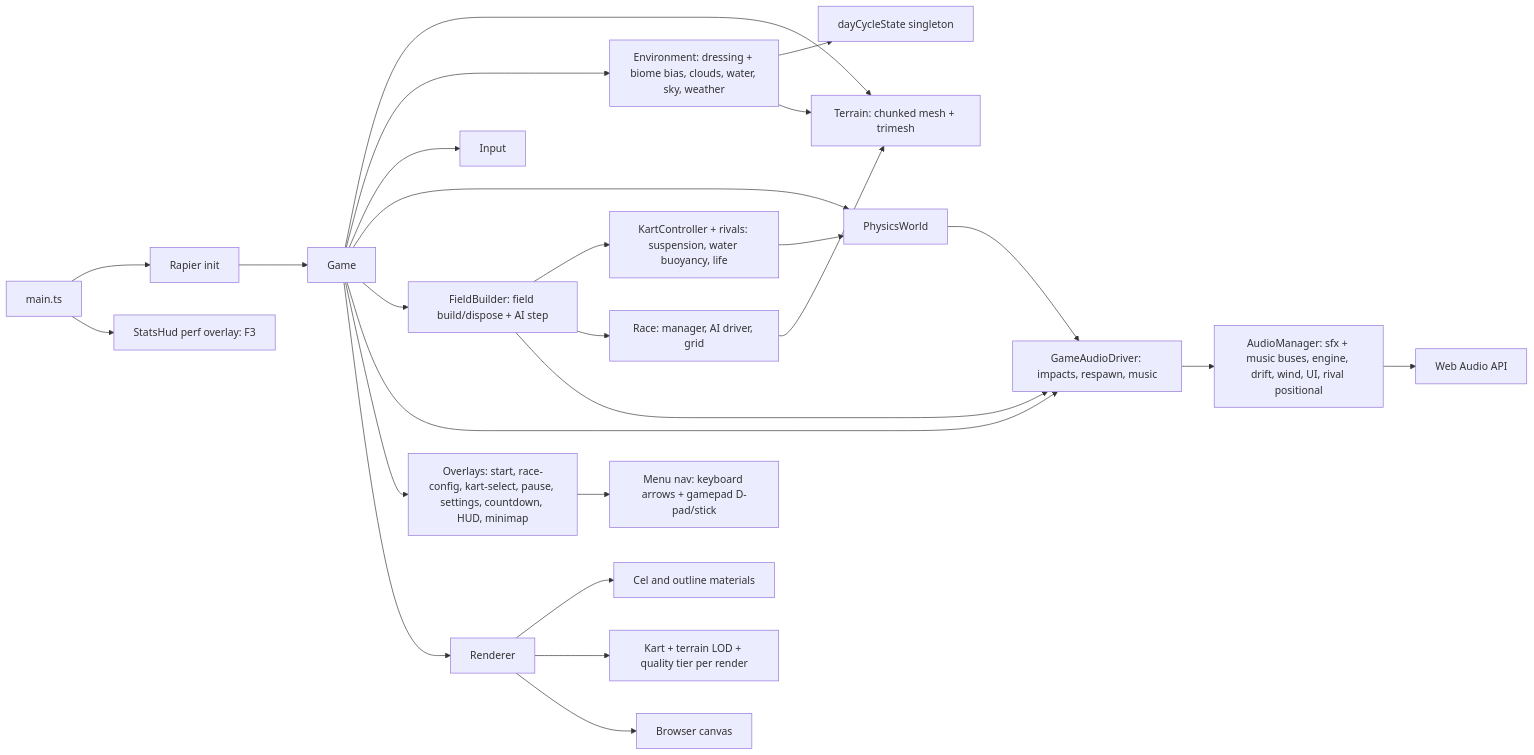
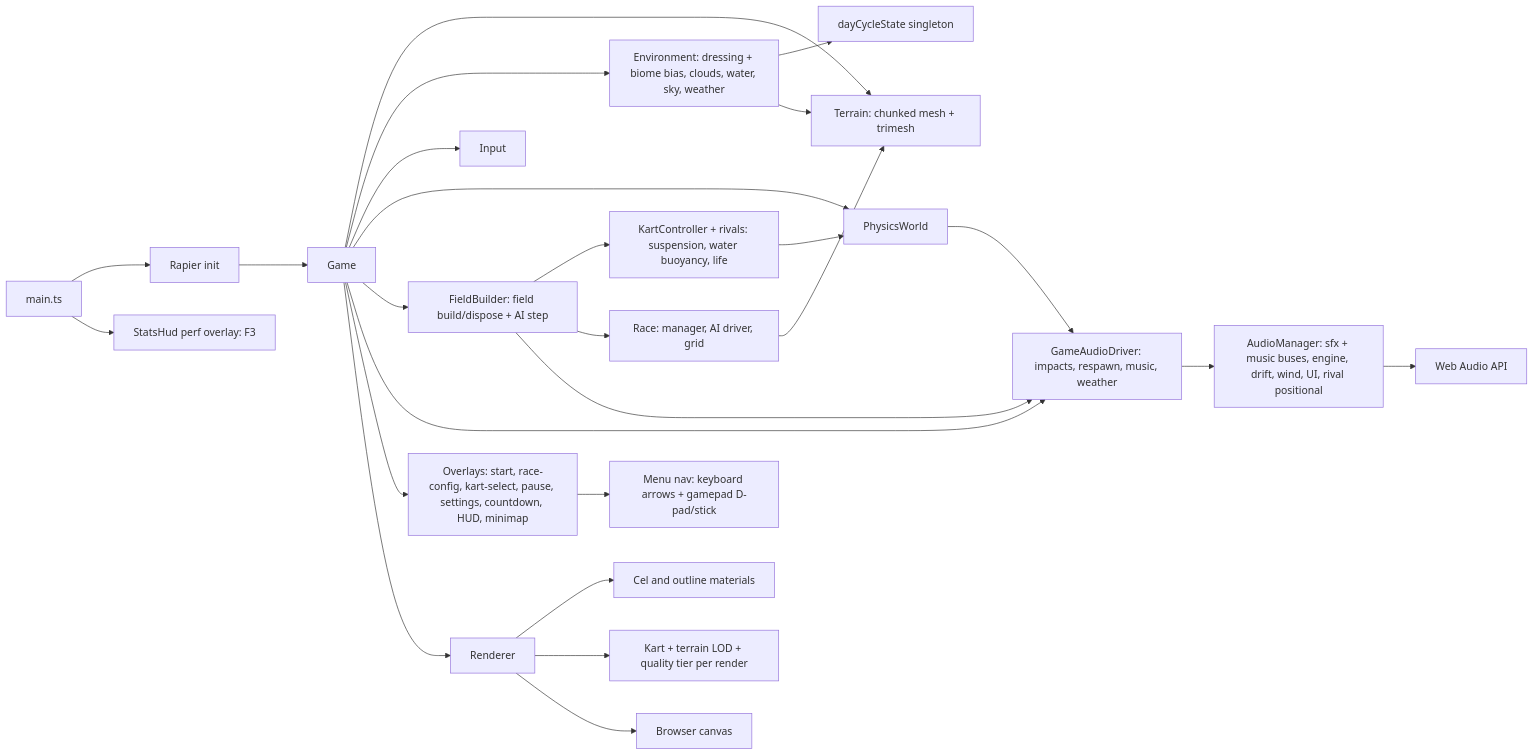
Before and after one commit to jjgroenendijk/cart-game: the diagram in AGENTS.md, drawn with Mermaid. The commit also changed other lines of this file and 2 other files, not shown here.

````diff
--- a/AGENTS.md
+++ b/AGENTS.md
@@ -24,28 +24,28 @@
 ```mermaid
 flowchart LR
   main[main.ts] --> rapier[Rapier init]
   rapier --> game[Game]
   game --> terrain[Terrain: chunked mesh + trimesh]
   game --> env[Environment: dressing + biome bias, clouds, water, sky, weather]
   env --> dayCycle[dayCycleState singleton]
   env --> terrain
   game --> input[Input]
   game --> physics[PhysicsWorld]
   game --> field[FieldBuilder: field build/dispose + AI step]
   field --> kart[KartController + rivals: suspension, water buoyancy, life]
   field --> race[Race: manager, AI driver, grid]
   kart --> physics
   race --> terrain
-  game --> gameAudio[GameAudioDriver: impacts, respawn, music]
+  game --> gameAudio[GameAudioDriver: impacts, respawn, music, weather]
   field --> gameAudio
   physics --> gameAudio
   gameAudio --> audio[AudioManager: sfx + music buses, engine, drift, wind, UI, rival positional]
   audio --> webaudio[Web Audio API]
   game --> ui[Overlays: start, race-config, kart-select, pause, settings, countdown, HUD, minimap]
   ui --> menuNav[Menu nav: keyboard arrows + gamepad D-pad/stick]
   game --> renderer[Renderer]
   renderer --> materials[Cel and outline materials]
   renderer --> lod[Kart + terrain LOD + quality tier per render]
   renderer --> canvas[Browser canvas]
   main --> statsHud[StatsHud perf overlay: F3]
 ```
````
